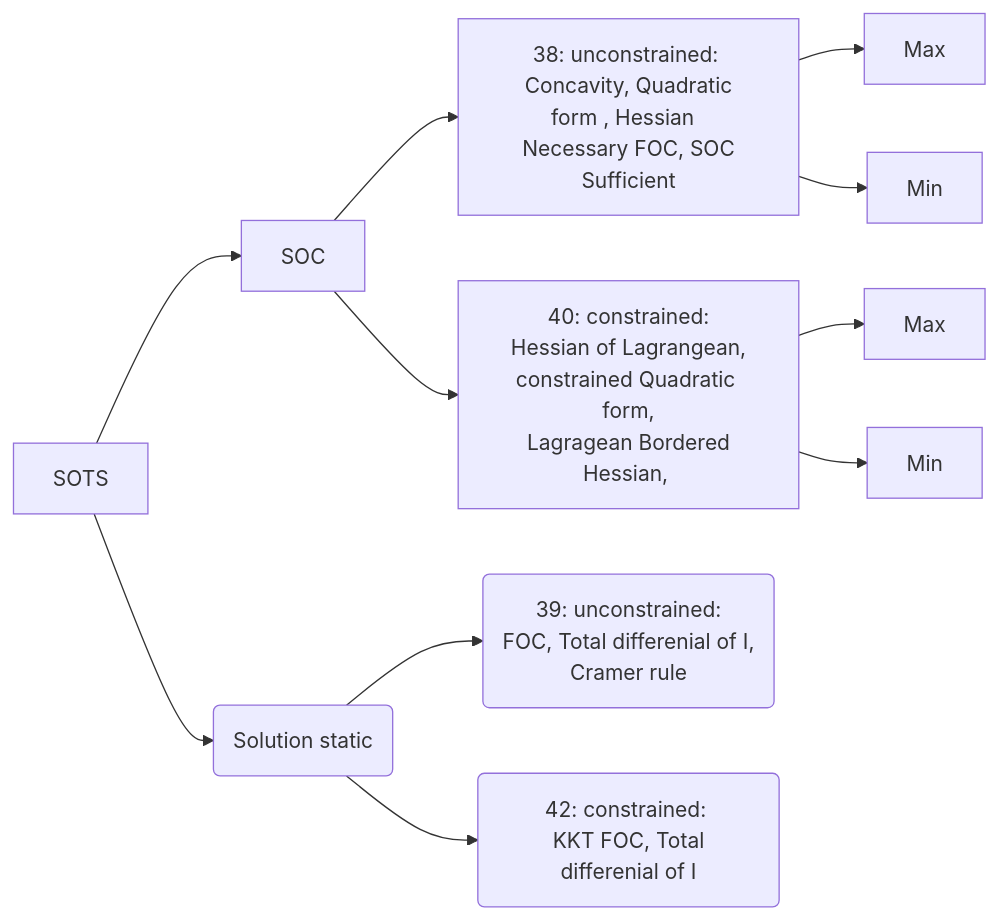
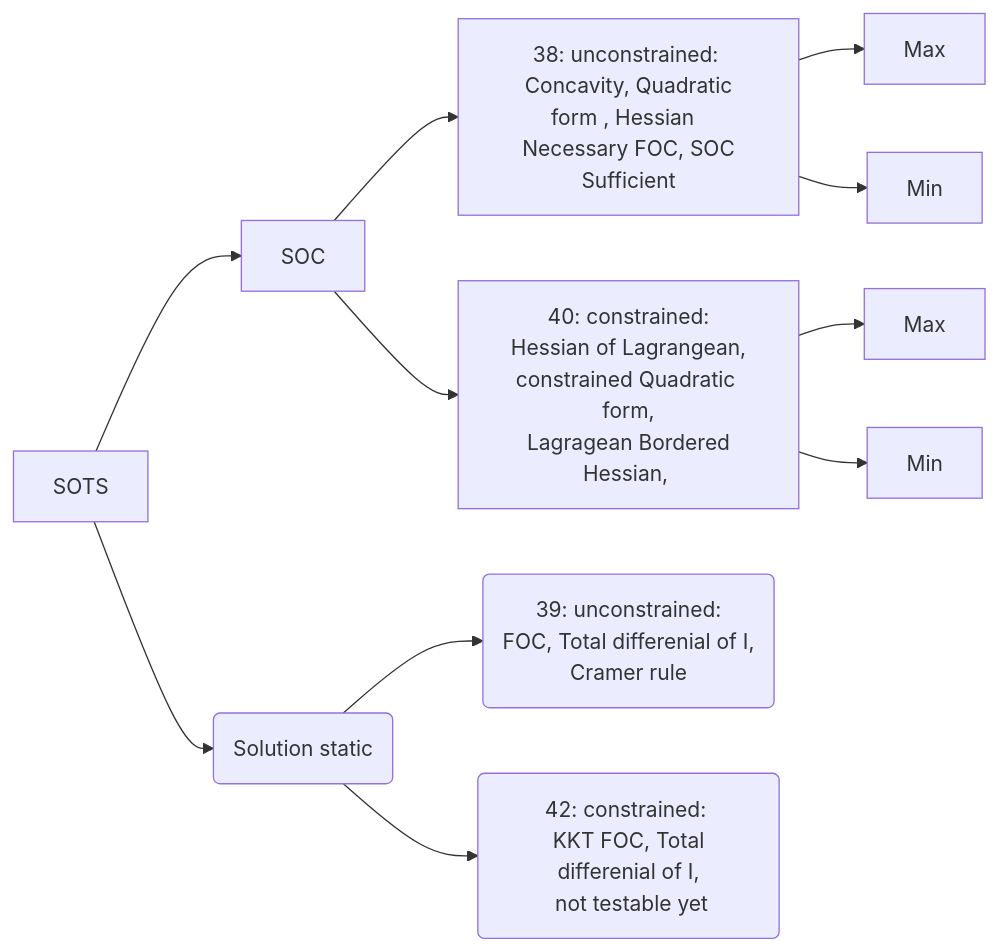
The first of 2 diagrams in _posts/2016-11-16-econ350-test8.md (snowdj/great-waterfall), drawn with Mermaid before and after one commit.

```diff
--- a/_posts/2016-11-16-econ350-test8.md
+++ b/_posts/2016-11-16-econ350-test8.md
@@ -15,13 +15,13 @@
 <div class="mermaid">
  graph LR
      SOTS-->SOC
      SOTS-->id1(Solution static)
      SOC-->id3[38: unconstrained: <br> Concavity, Quadratic form , Hessian  <br> Necessary FOC, SOC Sufficient]
      SOC-->id4[40: constrained:<br> Hessian of Lagrangean, <br>constrained Quadratic form,<br> Lagragean Bordered Hessian, <br>    ]
      id3-->id5[Max]
      id3-->id6[Min]
      id4-->Max
      id4-->Min
      id1-->id7(39: unconstrained:<br> FOC, Total differenial of I,<br> Cramer rule  )
-     id1-->id8(42: constrained: <br> KKT FOC, Total differenial of I  )
+     id1-->id8(42: constrained: <br> KKT FOC, Total differenial of I,<br> not testable yet  )
  </div>
```
